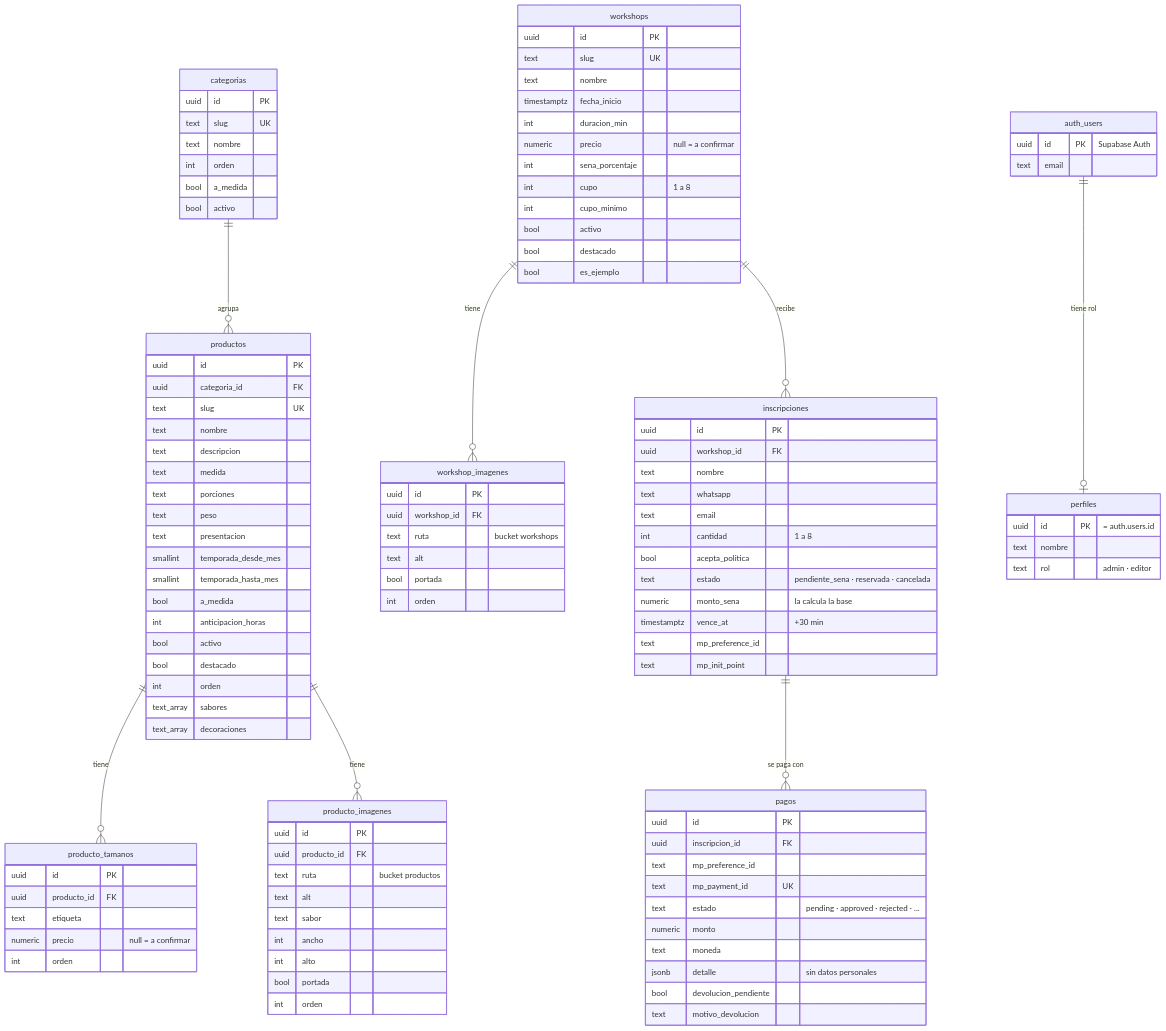
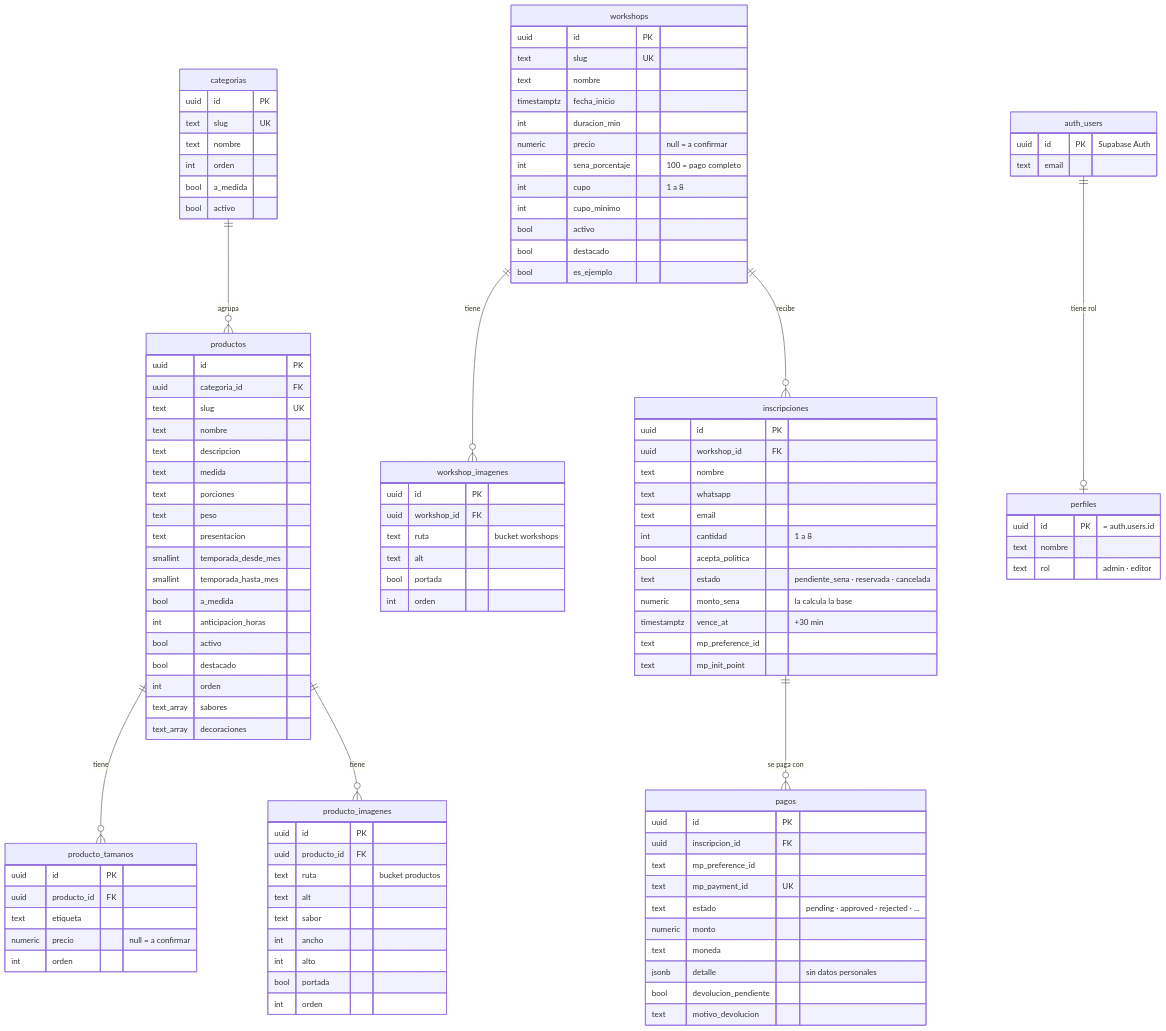
One commit to trevisancata/home-bakery changed the diagram in docs/modelo-de-datos.md. Above: the diagram before and after it, drawn with Mermaid. The commit also changed other lines of this file and 8 other files, not shown here.

Commit message:
docs: pago completo, workshops pasados, video y medición de Lighthouse

```diff
--- a/docs/modelo-de-datos.md
+++ b/docs/modelo-de-datos.md
@@ -75,7 +76,7 @@
     timestamptz fecha_inicio
     int duracion_min
     numeric precio "null = a confirmar"
-    int sena_porcentaje
+    int sena_porcentaje "100 = pago completo"
     int cupo "1 a 8"
     int cupo_minimo
     bool activo
```
